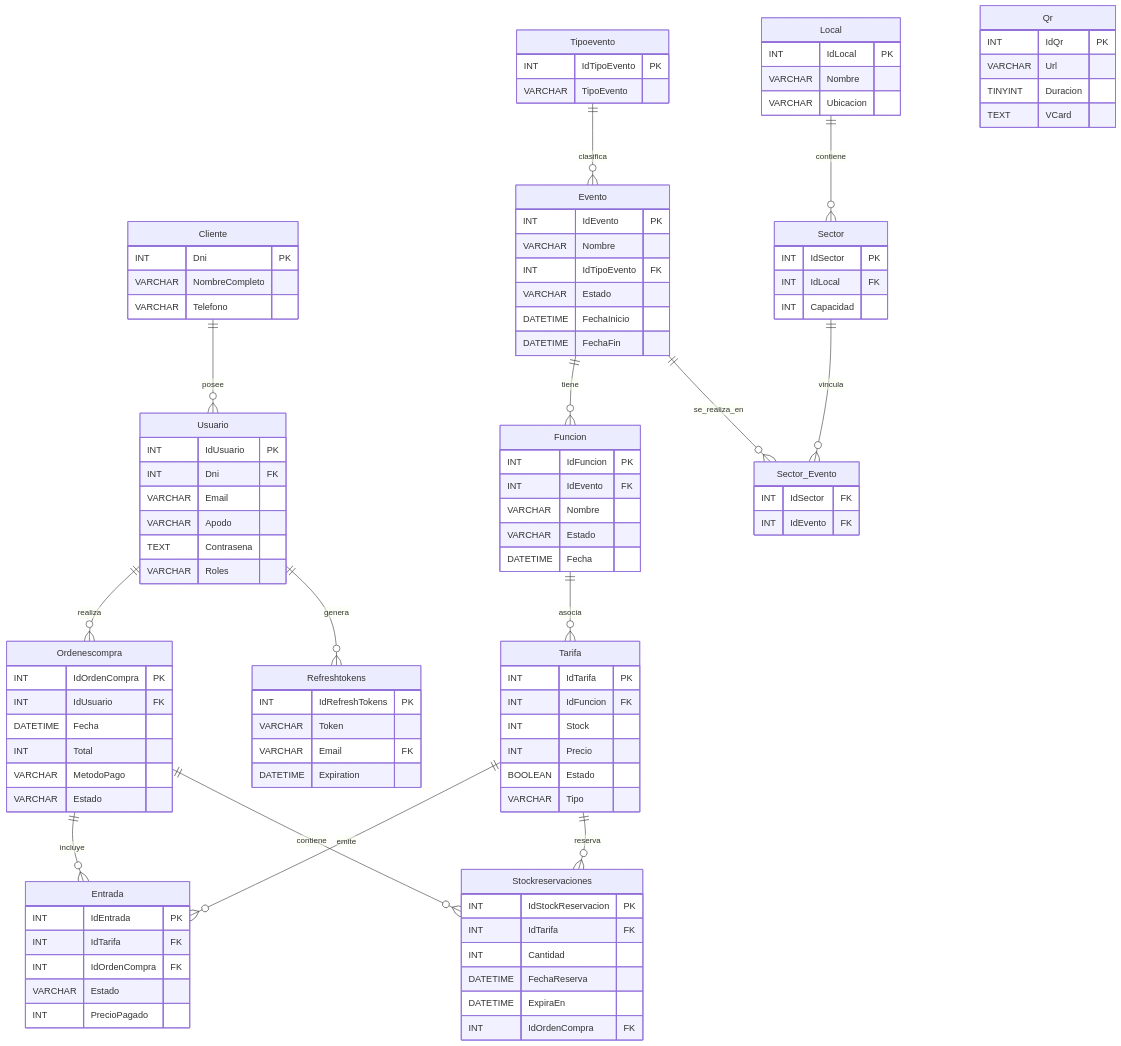
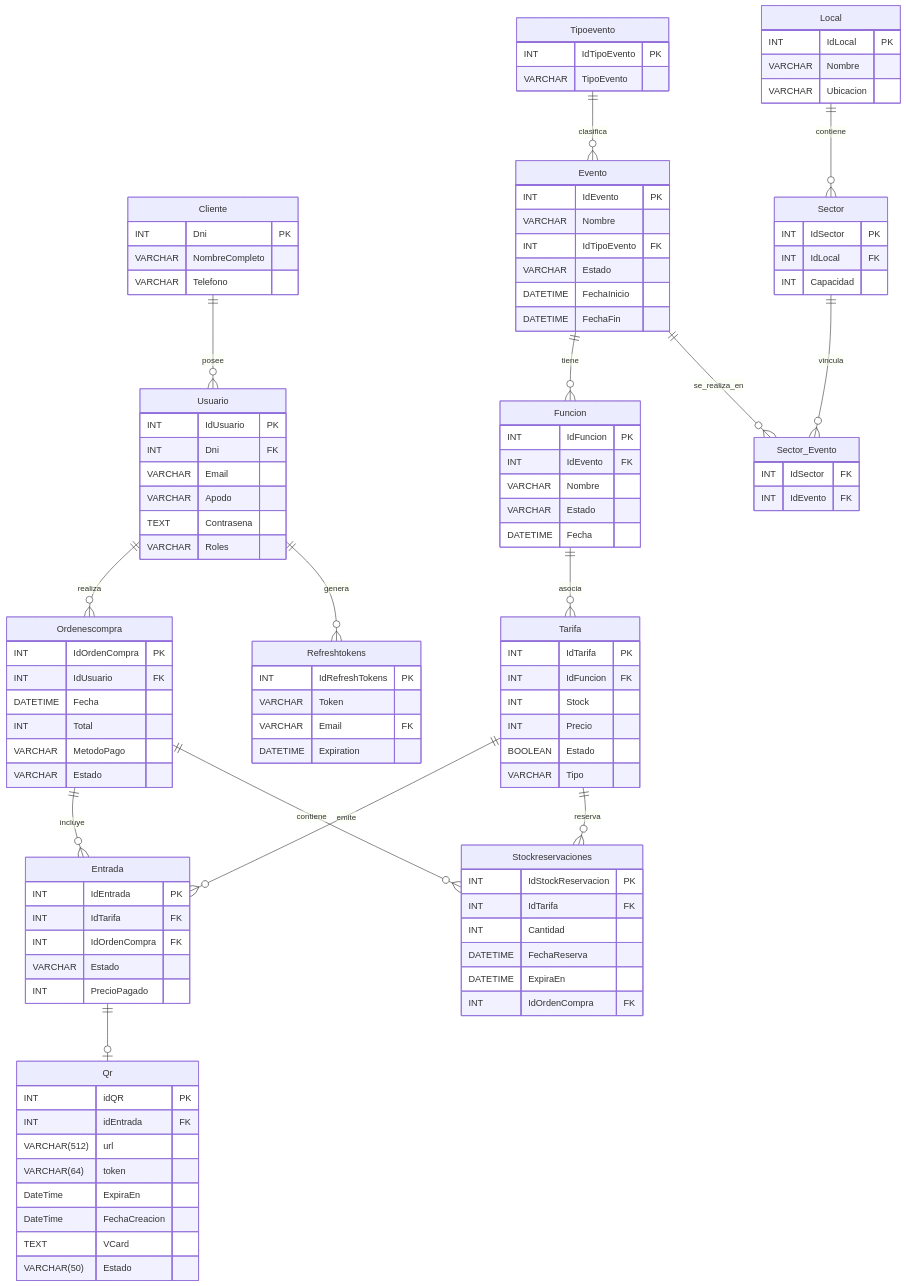
One commit to Darkops56/PlanEstudioOctubre changed the first of 2 diagrams in Proyecto/doc/MarkDown.md. Above: the diagram before and after it, drawn with Mermaid. The commit also changed other lines of this file and 84 other files, not shown here.

````diff
--- a/Proyecto/doc/MarkDown.md
+++ b/Proyecto/doc/MarkDown.md
@@ -91,10 +91,14 @@
     }
 
     Qr {
-        INT IdQr PK
-        VARCHAR Url
-        TINYINT Duracion
+        INT idQR PK
+        INT idEntrada FK
+        VARCHAR(512) url
+        VARCHAR(64) token
+        DateTime ExpiraEn
+        DateTime FechaCreacion
         TEXT VCard
+        VARCHAR(50) Estado
     }
 
     Refreshtokens {
@@ -122,4 +126,6 @@
 
     Ordenescompra ||--o{ Entrada : incluye
     Ordenescompra ||--o{ Stockreservaciones : contiene
+
+    Entrada || -- o| Qr : ""
 ```
````
